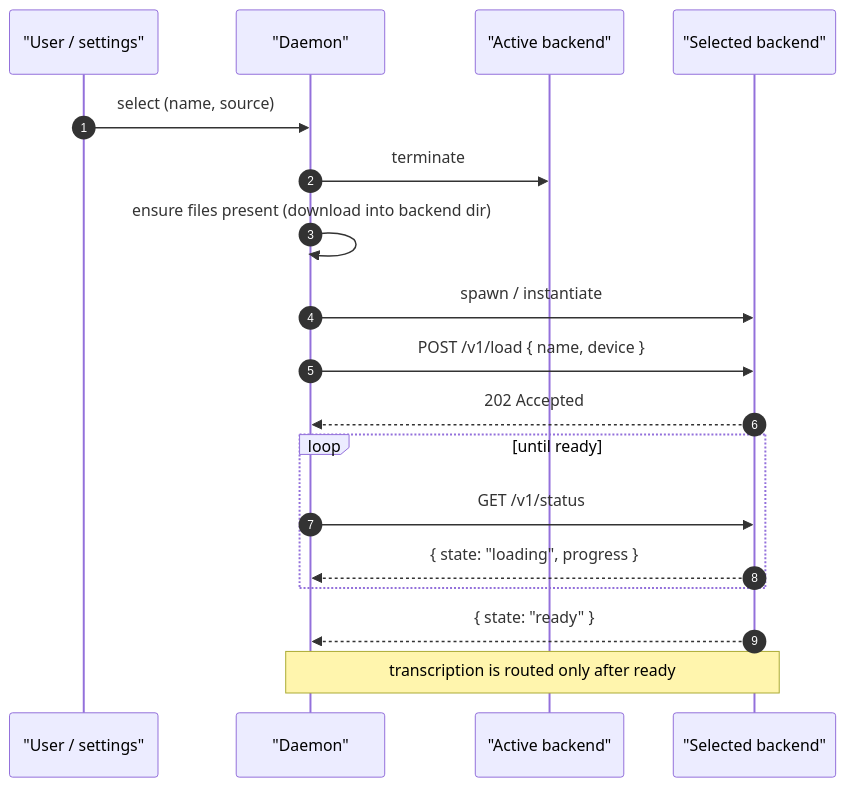
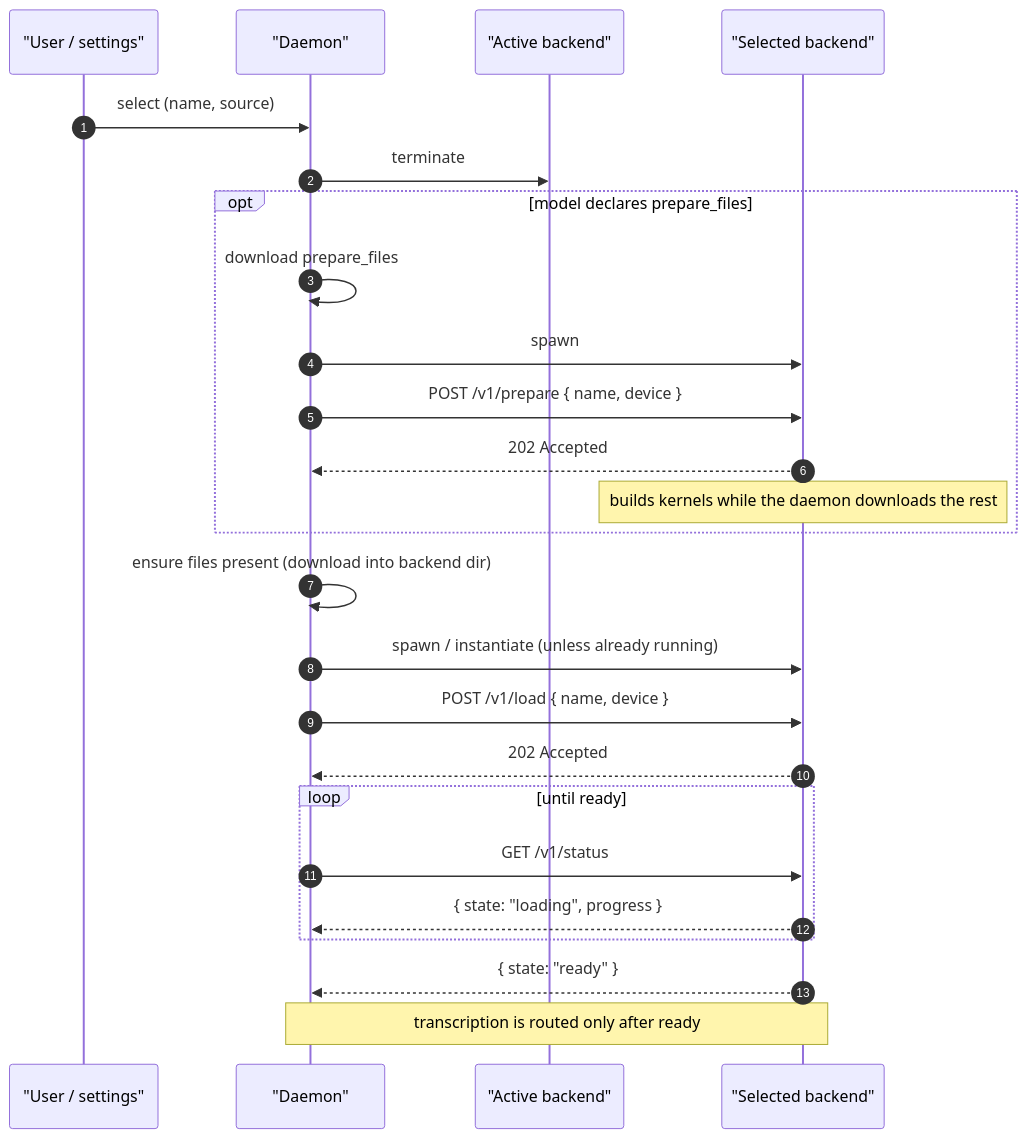
The second of 2 diagrams in docs/protocol/backend/contract.md (jorge-menjivar/super-stt), drawn with Mermaid before and after one commit. The commit also changed other lines of this file and 2 other files, not shown here.

First line of the commit message:
Document building a backend's kernels during the download

````diff
--- a/docs/protocol/backend/contract.md
+++ b/docs/protocol/backend/contract.md
@@ -542,21 +610,28 @@
 ```mermaid
 sequenceDiagram
     autonumber
     participant U as "User / settings"
     participant D as "Daemon"
     participant A as "Active backend"
     participant B as "Selected backend"
 
     U->>D: select (name, source)
     D->>A: terminate
+    opt model declares prepare_files
+        D->>D: download prepare_files
+        D->>B: spawn
+        D->>B: POST /v1/prepare { name, device }
+        B-->>D: 202 Accepted
+        Note over B: builds kernels while the daemon downloads the rest
+    end
     D->>D: ensure files present (download into backend dir)
-    D->>B: spawn / instantiate
+    D->>B: spawn / instantiate (unless already running)
     D->>B: POST /v1/load { name, device }
     B-->>D: 202 Accepted
     loop until ready
         D->>B: GET /v1/status
         B-->>D: { state: "loading", progress }
     end
     B-->>D: { state: "ready" }
     Note over D,B: transcription is routed only after ready
 ```
````
